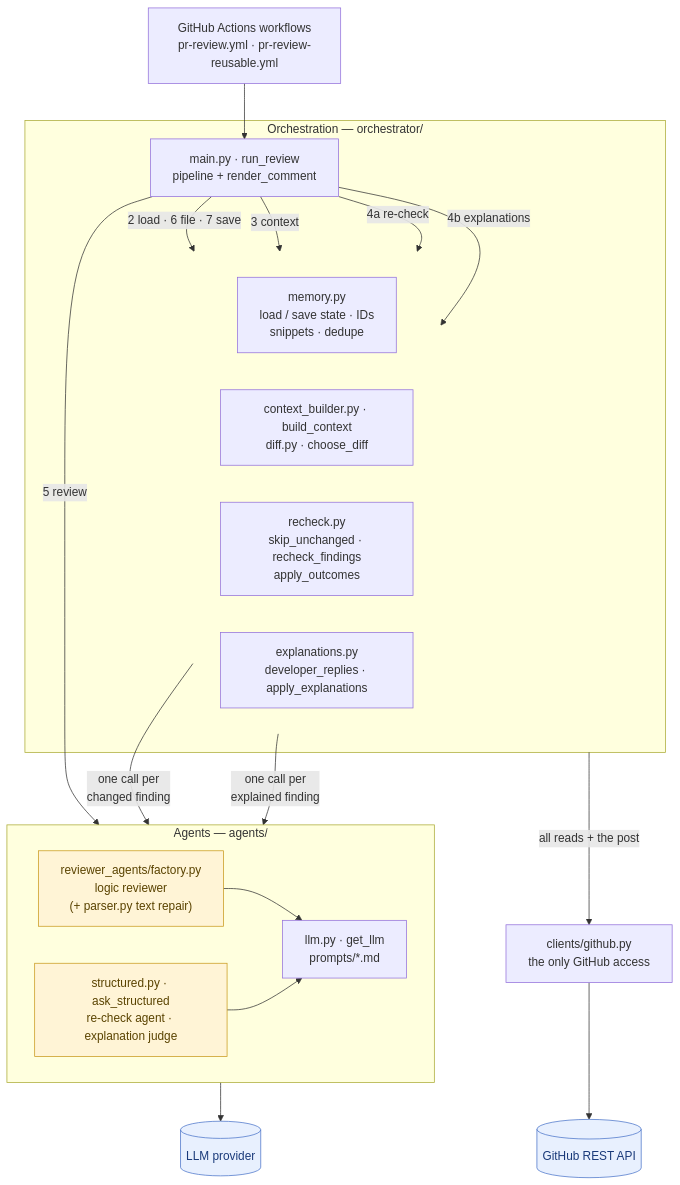
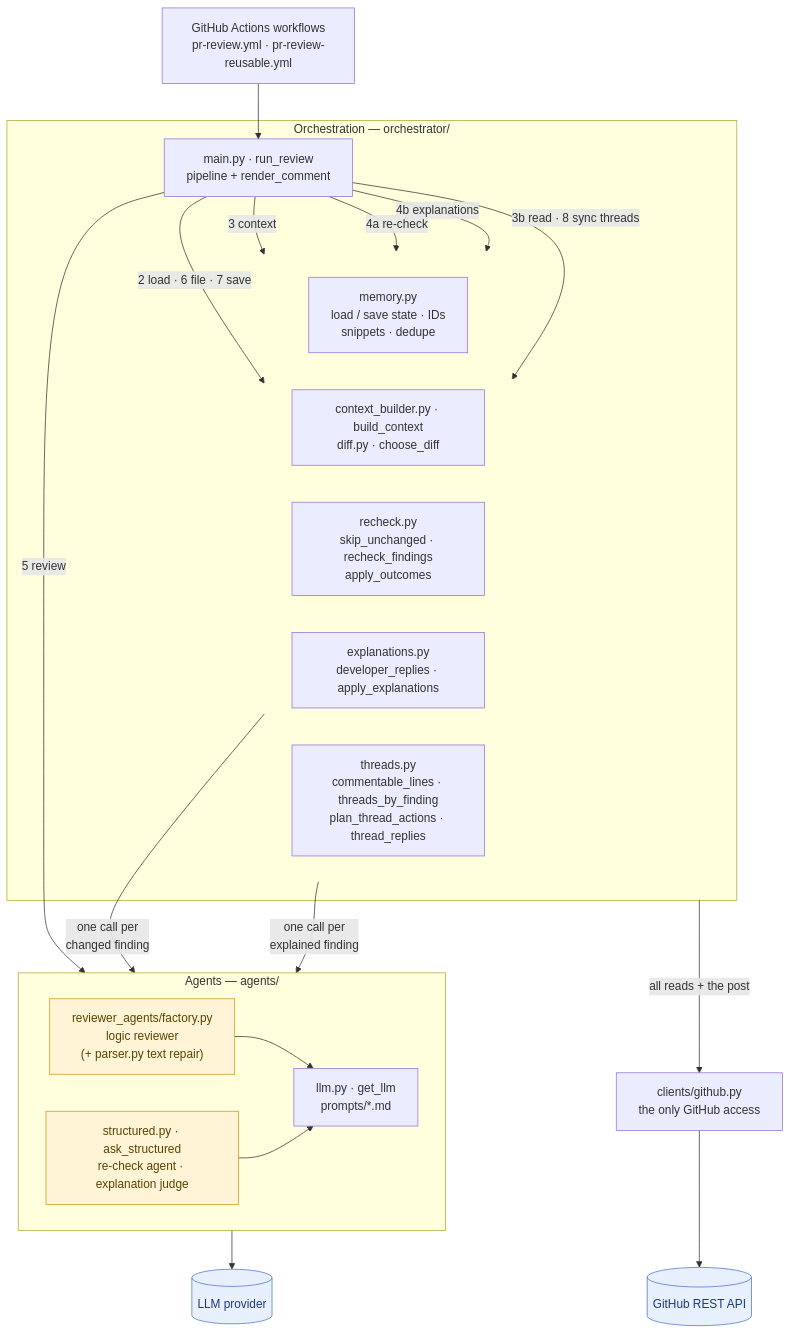
Before and after one commit to bryanChatsirichai/github_agentic_pr_reviewer: the fourth of 14 diagrams in docs/agentic-pr-review-system-design.v1.md, drawn with Mermaid. The commit also changed other lines of this file and 1 other file, not shown here.

First line of the commit message:
Docs: Record Step 9b build and live results; threads resolved by hand

````diff
--- a/docs/agentic-pr-review-system-design.v1.md
+++ b/docs/agentic-pr-review-system-design.v1.md
@@ -167,45 +167,47 @@
 ```mermaid
 flowchart TB
     WF["GitHub Actions workflows<br/>pr-review.yml · pr-review-reusable.yml"]
 
     subgraph ORCH ["Orchestration — orchestrator/"]
         MAIN["main.py · run_review<br/>pipeline + render_comment"]
         subgraph STEPS [" "]
             direction LR
             MM["memory.py<br/>load / save state · IDs<br/>snippets · dedupe"]
             CB["context_builder.py · build_context<br/>diff.py · choose_diff"]
             RCK["recheck.py<br/>skip_unchanged · recheck_findings<br/>apply_outcomes"]
             EXP["explanations.py<br/>developer_replies · apply_explanations"]
+            THR["threads.py<br/>commentable_lines · threads_by_finding<br/>plan_thread_actions · thread_replies"]
         end
     end
 
     subgraph AGENTS ["Agents — agents/"]
         direction LR
         REV["reviewer_agents/factory.py<br/>logic reviewer<br/>(+ parser.py text repair)"]
         STR["structured.py · ask_structured<br/>re-check agent · explanation judge"]
         LLMF["llm.py · get_llm<br/>prompts/*.md"]
     end
 
     GHC["clients/github.py<br/>the only GitHub access"]
     GHAPI[("GitHub REST API")]
     PROV[("LLM provider")]
 
     WF --> MAIN
     MAIN -->|"2 load · 6 file · 7 save"| MM
     MAIN -->|"3 context"| CB
     MAIN -->|"4a re-check"| RCK
     MAIN -->|"4b explanations"| EXP
+    MAIN -->|"3b read · 8 sync threads"| THR
     MAIN -->|"5 review"| REV
     RCK -->|"one call per<br/>changed finding"| STR
     EXP -->|"one call per<br/>explained finding"| STR
     REV & STR --> LLMF
     LLMF --> PROV
     ORCH -->|"all reads + the post"| GHC
     GHC --> GHAPI
 
     classDef llm fill:#fff4d6,stroke:#c99a1d,color:#5a4300
     classDef ext fill:#e8f0fe,stroke:#4a74c9,color:#1a3a7a
     class REV,STR llm
     class GHAPI,PROV ext
     style STEPS fill:none,stroke:none
 ```
````
